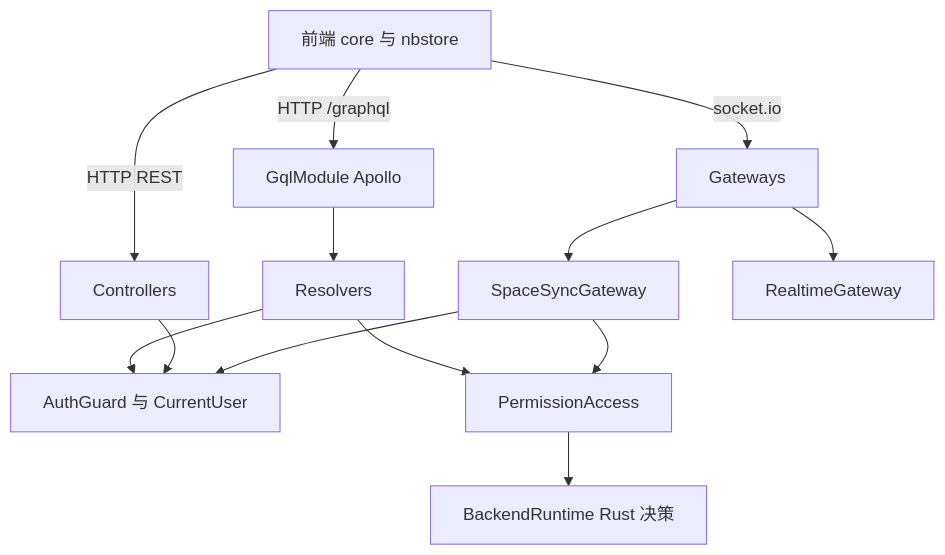
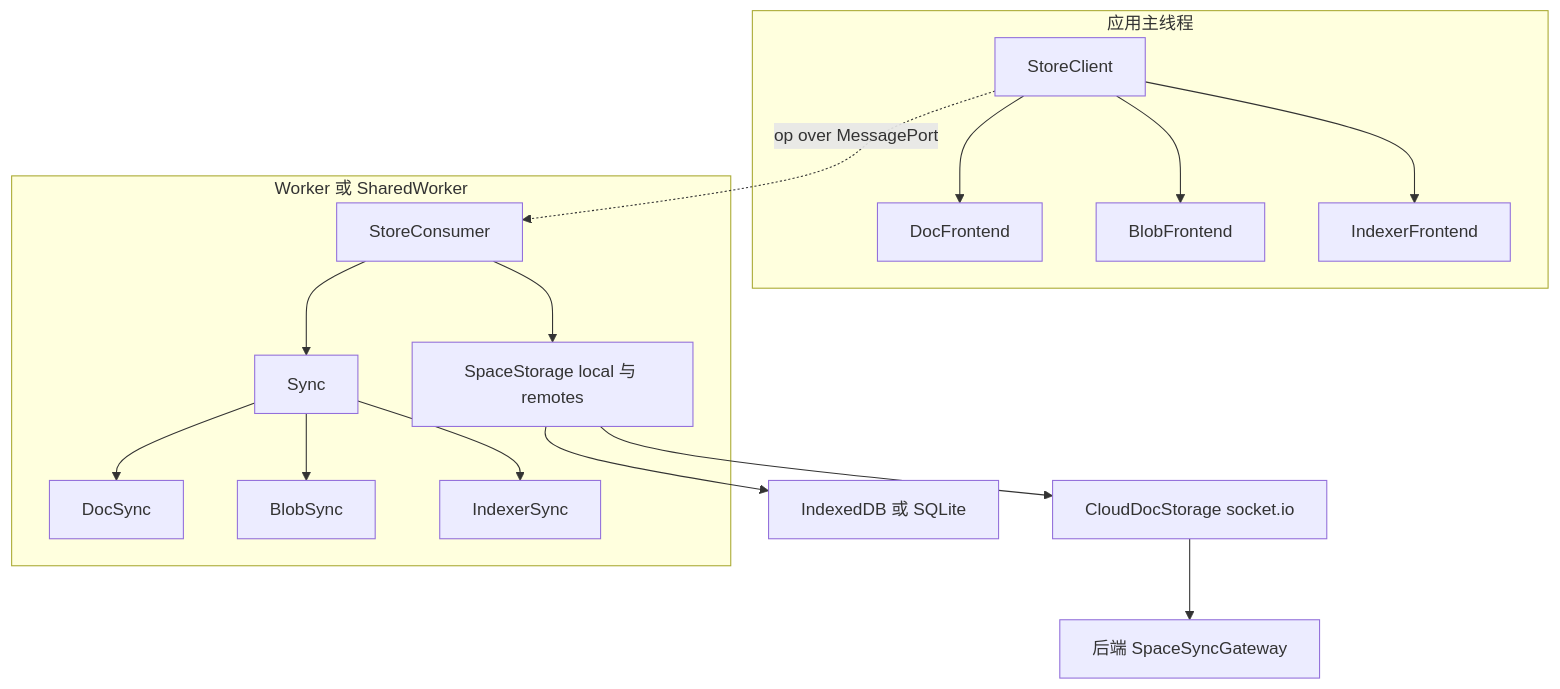
One commit to lfire/AFFiNE changed the first of 7 diagrams in learning-guide/slides/decks/23.md. Above: the diagram before and after it, drawn with Mermaid. The commit also changed other lines of this file and 73 other files, not shown here.

````diff
--- a/learning-guide/slides/decks/23.md
+++ b/learning-guide/slides/decks/23.md
@@ -34,15 +33,19 @@
 ```mermaid
 flowchart TB
-  FE["前端 core 与 nbstore"] -->|"HTTP /graphql"| GQL["GqlModule Apollo"]
-  FE -->|"HTTP REST"| REST["Controllers"]
-  FE -->|"socket.io"| WS["Gateways"]
-  GQL --> RES["Resolvers"]
-  WS --> SYNC["SpaceSyncGateway"]
-  WS --> RT["RealtimeGateway"]
-  RES --> GUARD["AuthGuard 与 CurrentUser"]
-  REST --> GUARD
-  SYNC --> GUARD
-  RES --> PERM["PermissionAccess"]
-  SYNC --> PERM
-  PERM --> RUST["BackendRuntime Rust 决策"]
+  subgraph App["应用主线程"]
+    SC["StoreClient"] --> DF["DocFrontend"]
+    SC --> BF["BlobFrontend"]
+    SC --> IF["IndexerFrontend"]
+  end
+  subgraph Worker["Worker 或 SharedWorker"]
+    STC["StoreConsumer"] --> SS["SpaceStorage local 与 remotes"]
+    STC --> SY["Sync"]
+    SY --> DS["DocSync"]
+    SY --> BS["BlobSync"]
+    SY --> IS["IndexerSync"]
+  end
+  SC -. op over MessagePort .-> STC
+  SS --> IDB["IndexedDB 或 SQLite"]
+  SS --> Cloud["CloudDocStorage socket.io"]
+  Cloud --> GW["后端 SpaceSyncGateway"]
 ```
````
